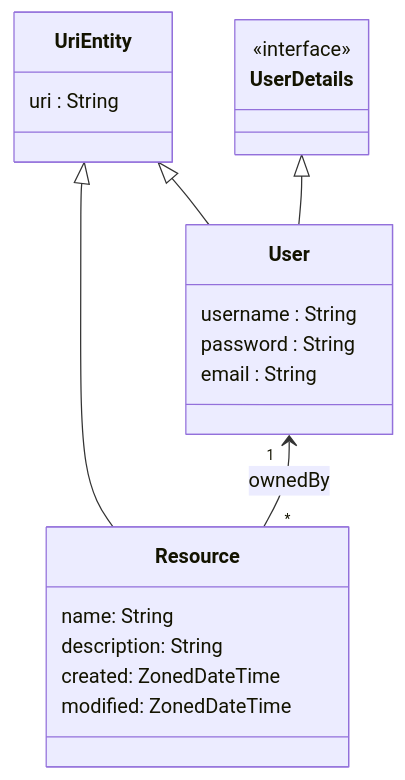
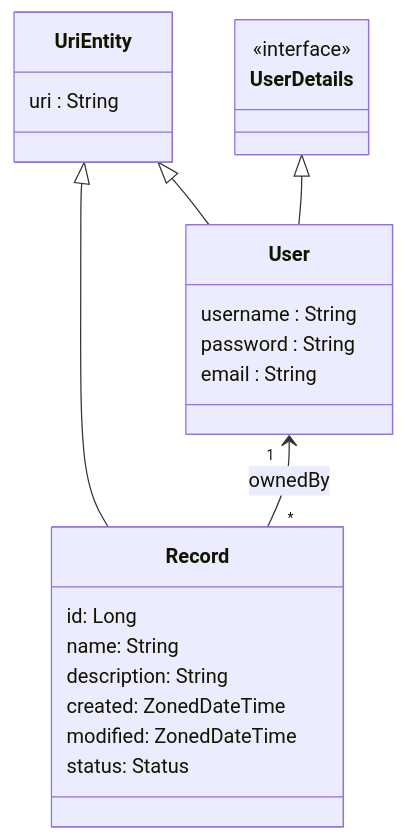
The diagram in README.md (UdL-EPS-SoftArch/spring-template), drawn with Mermaid before and after one commit. The commit also changed other lines of this file, not shown here.

````diff
--- a/README.md
+++ b/README.md
@@ -28,27 +31,29 @@
 ```mermaid
 classDiagram
     class UriEntity {
         uri : String
     }
-    
-    class UserDetails 
+
+    class UserDetails
     <<interface>> UserDetails
 
     class User  {
         username : String
         password : String
         email : String
     }
 
-    class Resource {
+    class Record {
+        id: Long
         name: String
         description: String
         created: ZonedDateTime
         modified: ZonedDateTime
+        status: Status
     }
 
     UriEntity <|-- User
     UserDetails <|-- User
-    UriEntity <|-- Resource
-    User "1" <-- "*" Resource: ownedBy
+    UriEntity <|-- Record
+    User "1" <-- "*" Record: ownedBy
 ```
````
